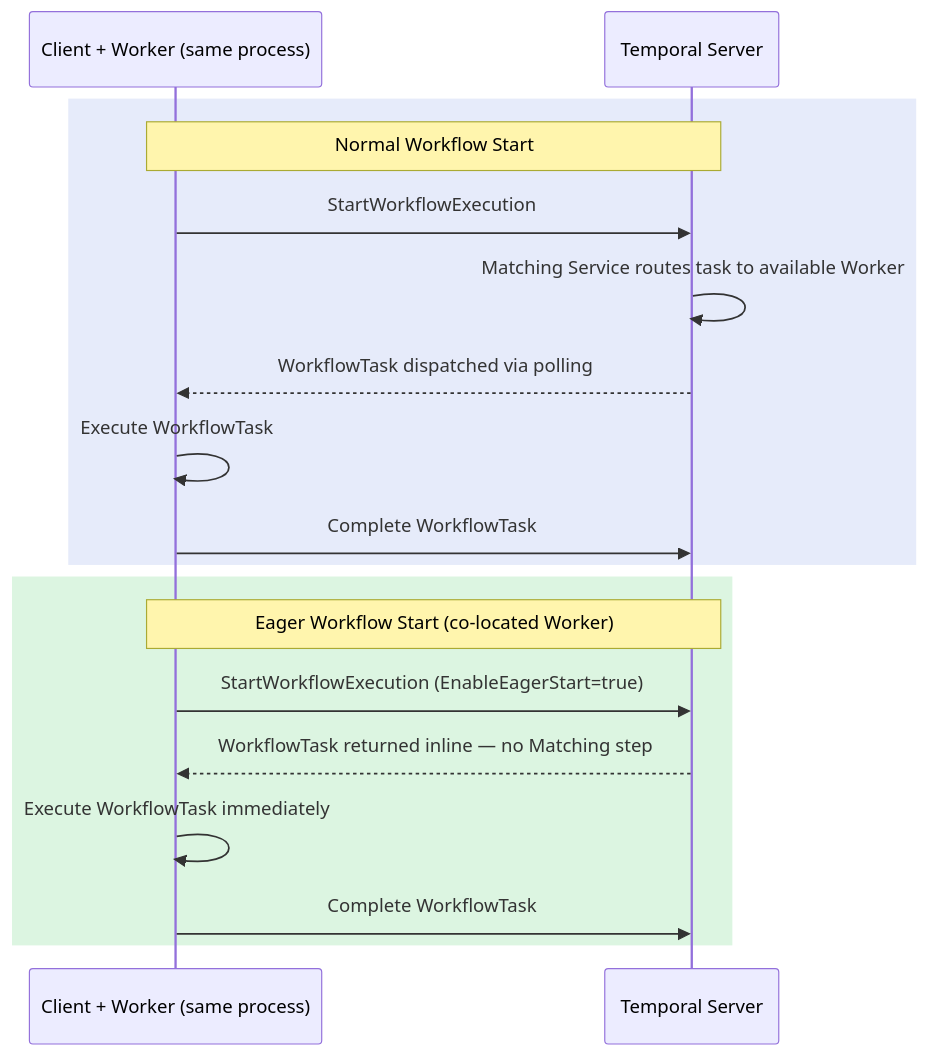
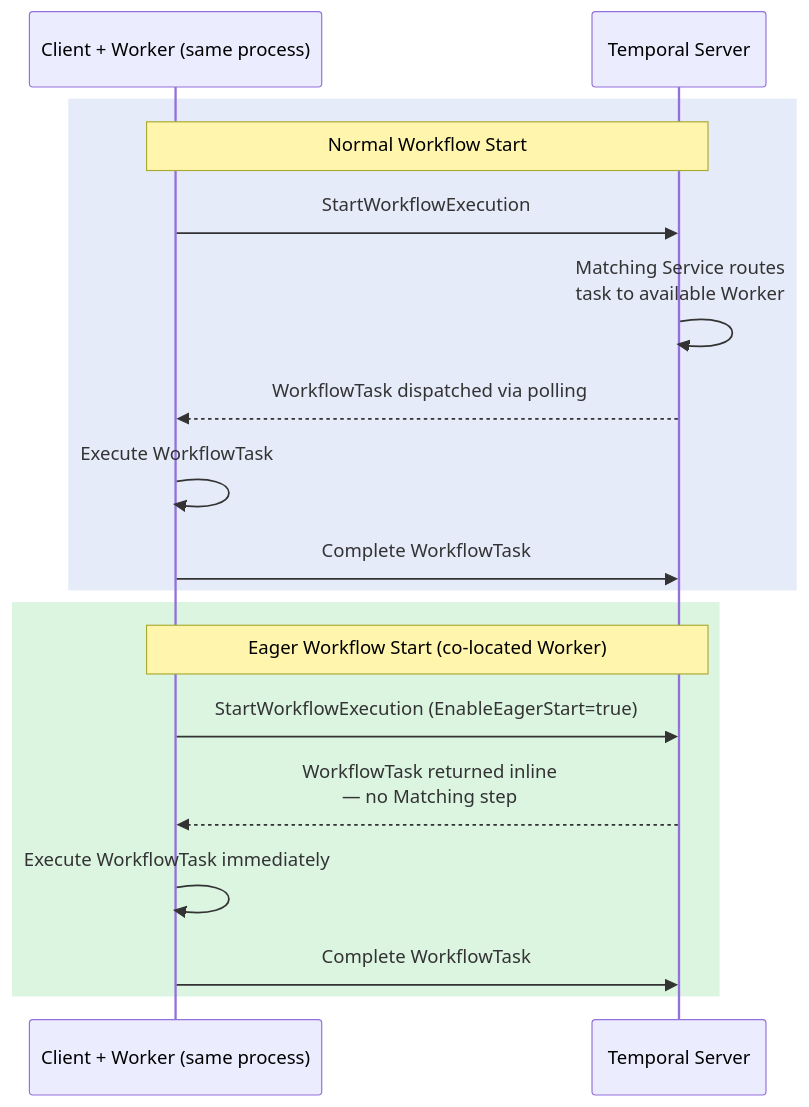
One commit to temporalio/documentation changed the diagram in docs/design-patterns/eager-workflow-start.mdx. Above: the diagram before and after it, drawn with Mermaid. The commit also changed 15 other files, not shown here.

First line of the commit message:
Refactor Mermaid diagrams for improved clarity and consistency across documentation

````diff
--- a/docs/design-patterns/eager-workflow-start.mdx
+++ b/docs/design-patterns/eager-workflow-start.mdx
@@ -19,22 +19,22 @@
 ```mermaid
 sequenceDiagram
     participant CW as Client + Worker (same process)
     participant S as Temporal Server
 
     rect rgb(230, 235, 250)
         Note over CW,S: Normal Workflow Start
         CW->>S: StartWorkflowExecution
-        S->>S: Matching Service routes task to available Worker
+        S->>S: Matching Service routes<br/>task to available Worker
         S-->>CW: WorkflowTask dispatched via polling
         CW->>CW: Execute WorkflowTask
         CW->>S: Complete WorkflowTask
     end
 
     rect rgb(220, 245, 225)
         Note over CW,S: Eager Workflow Start (co-located Worker)
         CW->>S: StartWorkflowExecution (EnableEagerStart=true)
-        S-->>CW: WorkflowTask returned inline — no Matching step
+        S-->>CW: WorkflowTask returned inline<br/>— no Matching step
         CW->>CW: Execute WorkflowTask immediately
         CW->>S: Complete WorkflowTask
     end
 ```
````
